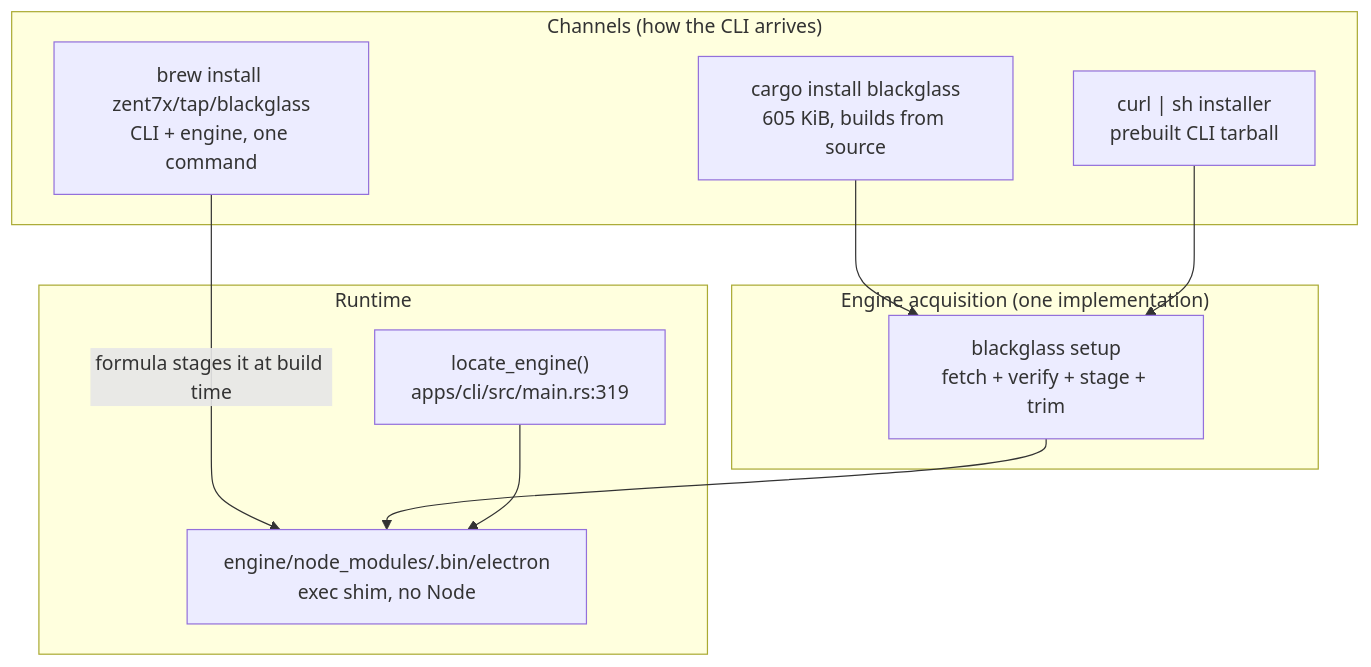
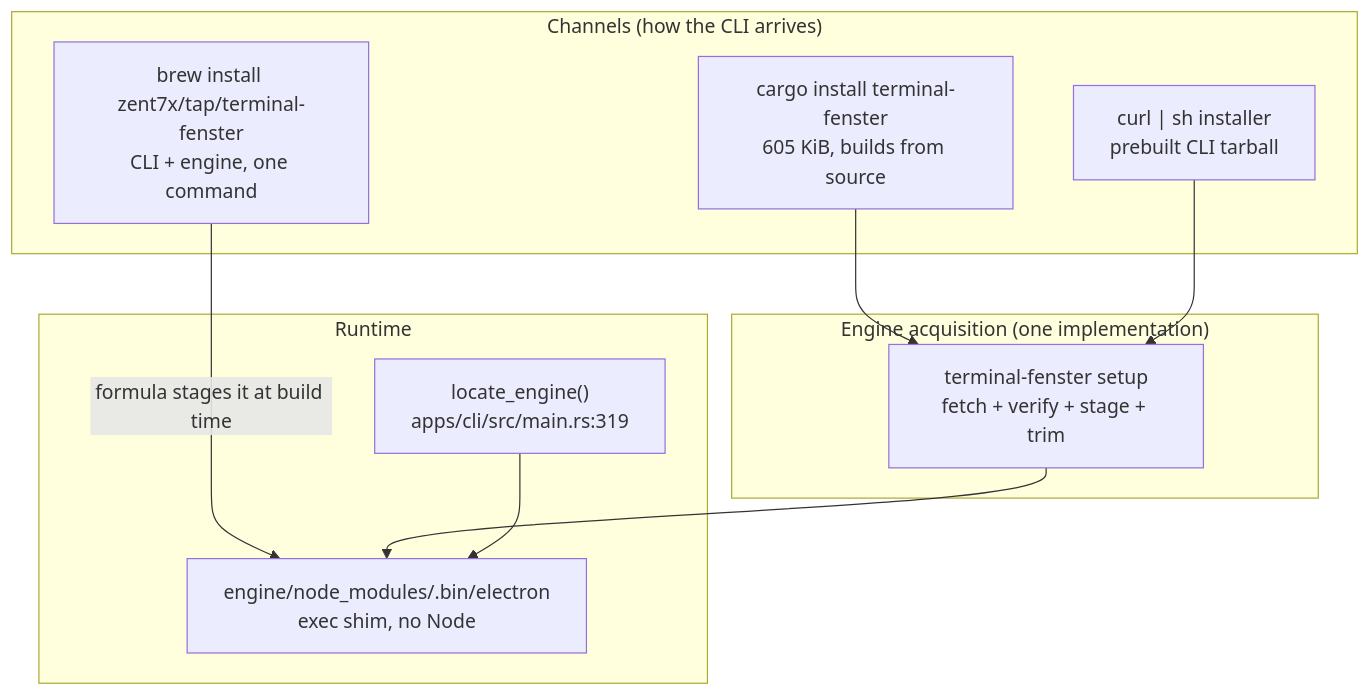
One commit to zent7x/terminal-fenster changed the diagram in artifacts/swarm/B10-packaging-updater.md. Above: the diagram before and after it, drawn with Mermaid. The commit also changed other lines of this file and 188 other files, not shown here.

First line of the commit message:
Prepare Terminal-Fenster for private open-source release.

````diff
--- a/artifacts/swarm/B10-packaging-updater.md
+++ b/artifacts/swarm/B10-packaging-updater.md
@@ -99,20 +99,20 @@
 ```mermaid
 flowchart TB
     subgraph CH["Channels (how the CLI arrives)"]
-      A["cargo install blackglass<br/>605 KiB, builds from source"]
-      B["brew install zent7x/tap/blackglass<br/>CLI + engine, one command"]
+      A["cargo install terminal-fenster<br/>605 KiB, builds from source"]
+      B["brew install zent7x/tap/terminal-fenster<br/>CLI + engine, one command"]
       C["curl | sh installer<br/>prebuilt CLI tarball"]
     end
     subgraph ACQ["Engine acquisition (one implementation)"]
-      D["blackglass setup<br/>fetch + verify + stage + trim"]
+      D["terminal-fenster setup<br/>fetch + verify + stage + trim"]
     end
     subgraph RT["Runtime"]
       E["locate_engine()<br/>apps/cli/src/main.rs:319"]
       F["engine/node_modules/.bin/electron<br/>exec shim, no Node"]
     end
     A --> D
     C --> D
     B -->|"formula stages it at build time"| F
     D --> F
     E --> F
 ```
````
